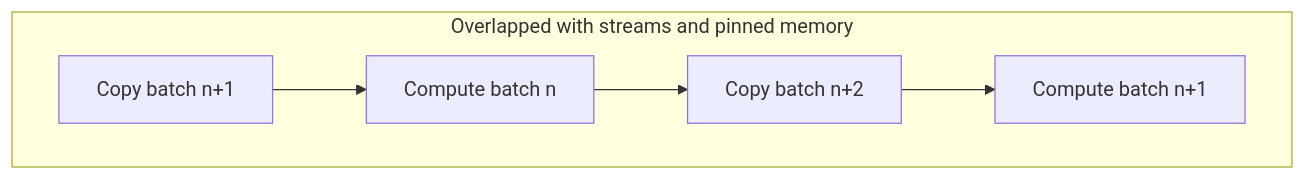
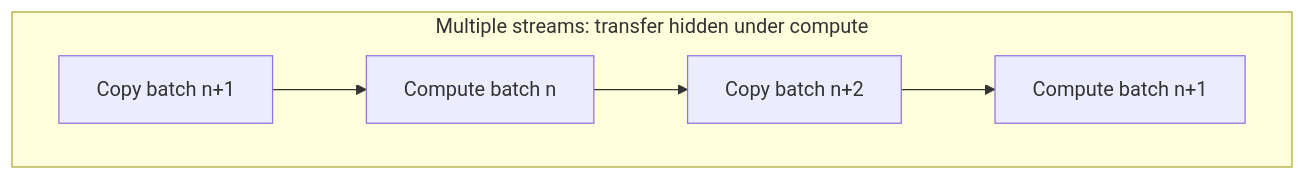
One commit to arpanpathak/cracking-the-systems-programming-interview changed the sixth of 6 diagrams in systems_design/01-gpu-execution-model.md. Above: the diagram before and after it, drawn with Mermaid. The commit also changed other lines of this file and 6 other files, not shown here.

````diff
--- a/systems_design/01-gpu-execution-model.md
+++ b/systems_design/01-gpu-execution-model.md
@@ -116,9 +169,9 @@
 ```mermaid
 flowchart LR
-    subgraph O["Overlapped with streams and pinned memory"]
+    subgraph OVERLAPPED["Multiple streams: transfer hidden under compute"]
         direction LR
-        C1b["Copy batch n+1"] --> K1b["Compute batch n"]
-        K1b --> C2b["Copy batch n+2"]
-        C2b --> K2b["Compute batch n+1"]
+        B1["Copy batch n+1"] --> B2["Compute batch n"]
+        B2 --> B3["Copy batch n+2"]
+        B3 --> B4["Compute batch n+1"]
     end
 ```
````
